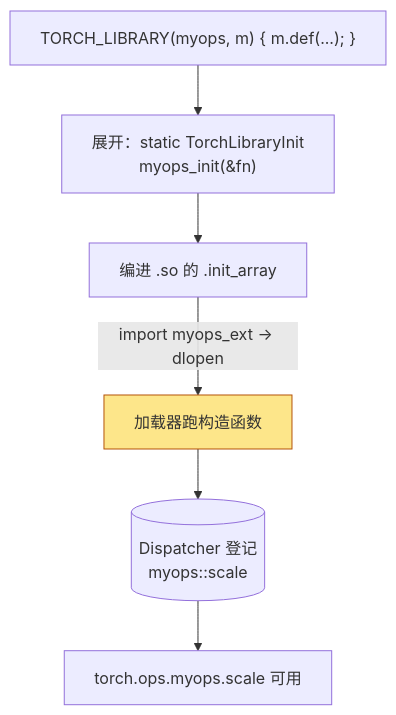
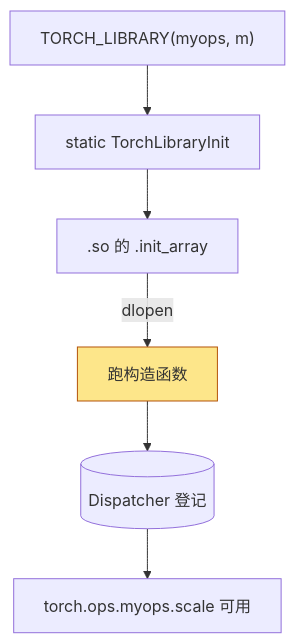
The second of 3 diagrams in slides/2026-02-15-cpp-for-ai-infra.md (arganzheng/arganzheng.github.com), drawn with Mermaid before and after one commit. The commit also changed other lines of this file, not shown here.

Commit message:
slides/cpp-for-ai-infra: cut/shorten mermaid diagrams below 14px rendered text (check-render smalltext/overlap)

````diff
--- a/slides/2026-02-15-cpp-for-ai-infra.md
+++ b/slides/2026-02-15-cpp-for-ai-infra.md
@@ -151,11 +151,11 @@
 ```mermaid
 %%{init: {"flowchart": {"wrappingWidth": 360}}}%%
 flowchart TB
-    M["TORCH_LIBRARY(myops, m) { m.def(...); }"] --> S["展开：static TorchLibraryInit<br/>myops_init(&fn)"]
-    S --> SO["编进 .so 的 .init_array"]
-    SO -- "import myops_ext → dlopen" --> INIT["加载器跑构造函数"]
-    INIT --> D[("Dispatcher 登记<br/>myops::scale")]
+    M["TORCH_LIBRARY(myops, m)"] --> S["static TorchLibraryInit"]
+    S --> SO[".so 的 .init_array"]
+    SO -- "dlopen" --> INIT["跑构造函数"]
+    INIT --> D[("Dispatcher 登记")]
     D --> PY["torch.ops.myops.scale 可用"]
     classDef hot fill:#fde68a,stroke:#b45309
     class INIT hot
 ```
````
